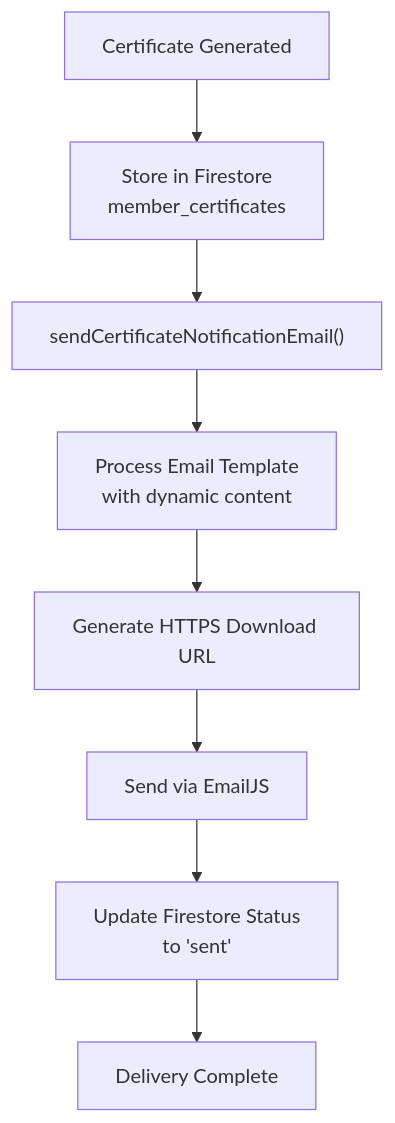
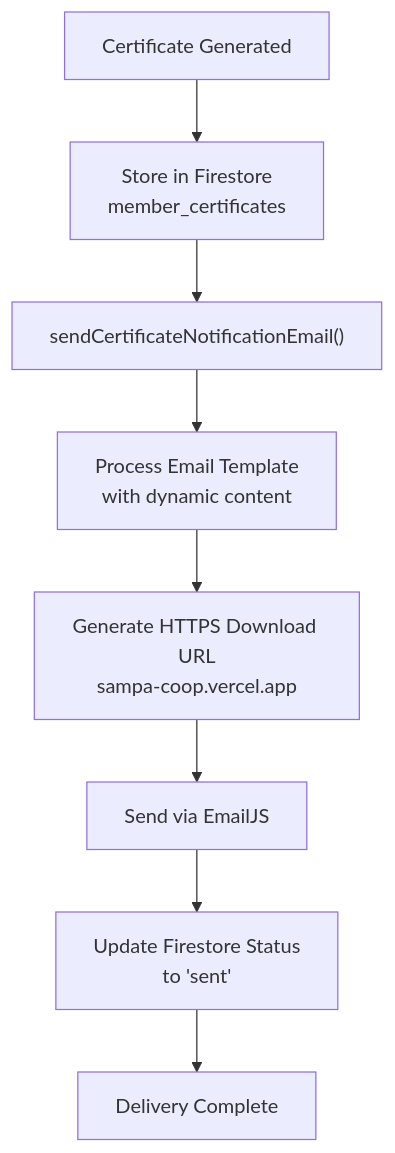
One commit to Unsure-bry/sampacoop_system changed the sixth of 7 diagrams in .qoder/repowiki/en/content/Email & Notification System/Certificate Generation System.md. Above: the diagram before and after it, drawn with Mermaid. The commit also changed other lines of this file and 3 other files, not shown here.

````diff
--- a/.qoder/repowiki/en/content/Email & Notification System/Certificate Generation System.md
+++ b/.qoder/repowiki/en/content/Email & Notification System/Certificate Generation System.md
@@ -439,10 +440,10 @@
 ```mermaid
 flowchart TD
 Generate["Certificate Generated"] --> Store["Store in Firestore<br/>member_certificates"]
 Store --> Email["sendCertificateNotificationEmail()"]
 Email --> Template["Process Email Template<br/>with dynamic content"]
-Template --> URL["Generate HTTPS Download URL"]
+Template --> URL["Generate HTTPS Download URL<br/>sampa-coop.vercel.app"]
 URL --> Send["Send via EmailJS"]
 Send --> Track["Update Firestore Status<br/>to 'sent'"]
 Track --> Complete["Delivery Complete"]
 ```
````
